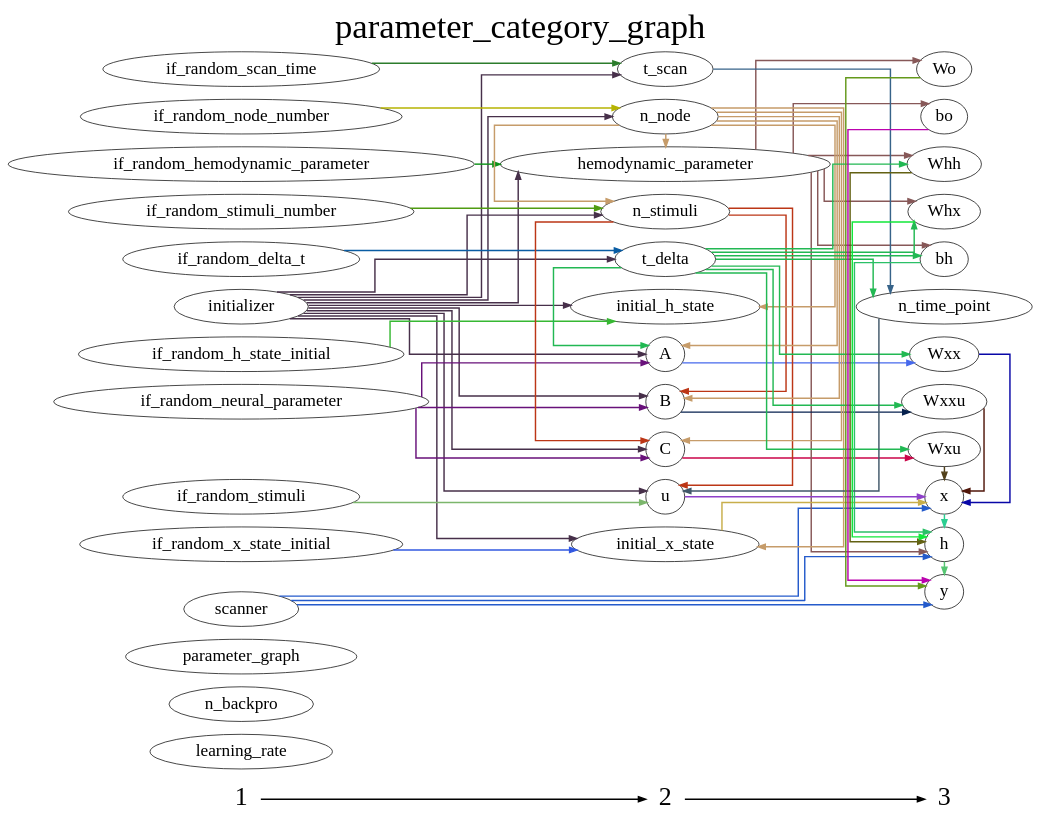
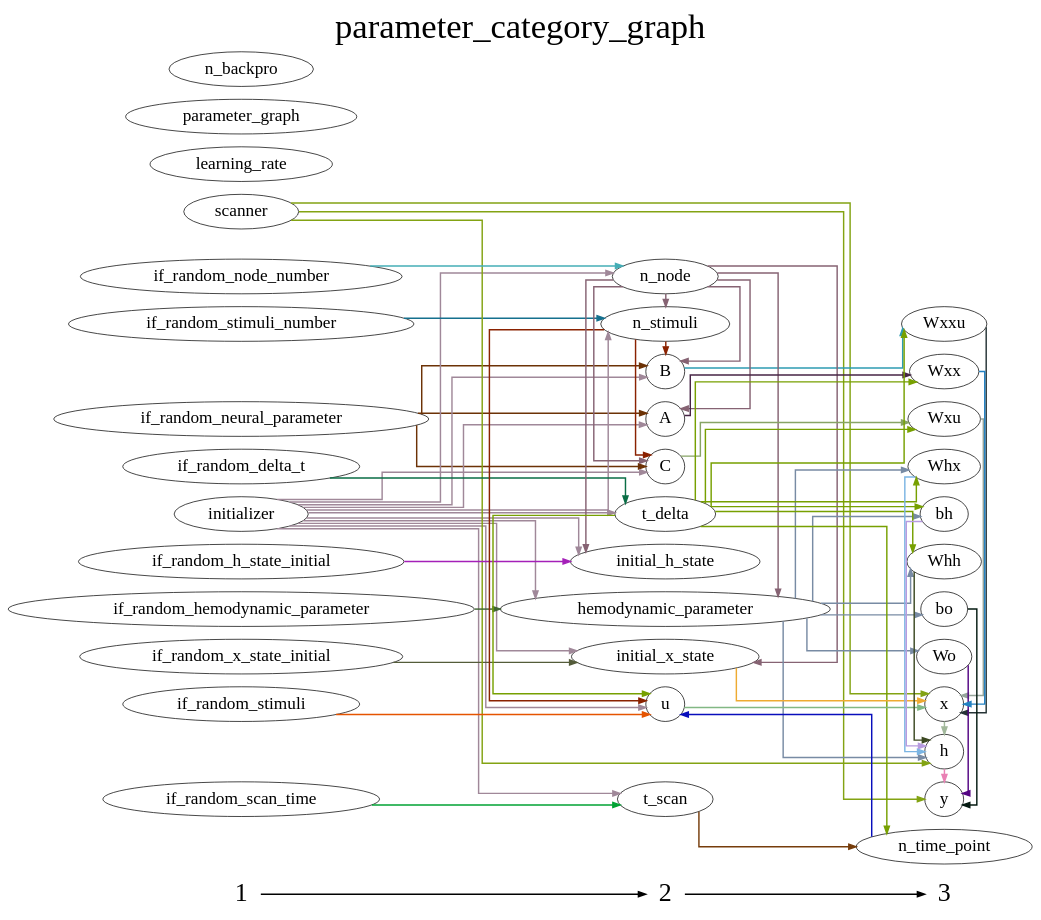
The diagram in DCM_RNN/documents/parameter_category_graph.gv (YuanWangOnward/DCM_RNN), drawn with Graphviz before and after one commit. The commit also changed 10 other files, not shown here.

```diff
--- a/DCM_RNN/documents/parameter_category_graph.gv
+++ b/DCM_RNN/documents/parameter_category_graph.gv
@@ -1,132 +1,132 @@
 digraph G {
           splines=ortho;
           fontsize = 48;
           rankdir = "LR";
           node[fontsize=24];
           edge[penwidth=2];
           {
           node [shape=plaintext fontsize=36];
           1 -> 
           2 -> 
           3
           }
           {rank = same;
           1;
+          if_random_neural_parameter;
           learning_rate;
-          n_backpro;
-          parameter_graph;
           initializer;
           if_random_stimuli_number;
-          if_random_delta_t;
-          if_random_scan_time;
-          if_random_stimuli;
-          if_random_h_state_initial;
-          if_random_hemodynamic_parameter;
-          if_random_neural_parameter;
+          if_random_x_state_initial;
           scanner;
           if_random_node_number;
-          if_random_x_state_initial;
+          if_random_hemodynamic_parameter;
+          if_random_scan_time;
+          parameter_graph;
+          if_random_h_state_initial;
+          n_backpro;
+          if_random_stimuli;
+          if_random_delta_t;
           }
           {rank = same;
           2;
-          C;
-          hemodynamic_parameter;
-          t_scan;
-          initial_h_state;
-          A;
           n_stimuli;
           B;
+          n_node;
+          hemodynamic_parameter;
+          C;
+          A;
+          t_delta;
+          initial_x_state;
+          t_scan;
           u;
-          n_node;
-          initial_x_state;
-          t_delta;
+          initial_h_state;
           }
           {rank = same;
           3;
-          bh;
-          y;
-          n_time_point;
-          Wxx;
-          x;
-          Wo;
-          Whh;
+          Wxxu;
+          Whx;
           Wxu;
           h;
-          Wxxu;
+          Wo;
+          y;
+          Wxx;
+          bh;
+          n_time_point;
+          x;
           bo;
-          Whx;
+          Whh;
           }
-          bh -> h [color="#2BC067"];
-          if_random_h_state_initial -> initial_h_state [color="#37B833"];
+          Whx -> h [color="#7BB5E3"];
+          Wxu -> x [color="#96A59B"];
+          A -> Wxx [color="#472546"];
+          n_stimuli -> C [color="#8A2201"];
+          n_stimuli -> B [color="#8A2201"];
+          n_stimuli -> u [color="#8A2201"];
+          if_random_neural_parameter -> C [color="#6C3206"];
+          if_random_neural_parameter -> B [color="#6C3206"];
+          if_random_neural_parameter -> A [color="#6C3206"];
+          t_scan -> n_time_point [color="#763C0B"];
+          h -> y [color="#E981B4"];
+          x -> h [color="#A2B89B"];
+          learning_rate ;
+          y ;
+          Wxx -> x [color="#2281C2"];
+          n_node -> C [color="#866373"];
+          n_node -> B [color="#866373"];
+          n_node -> A [color="#866373"];
+          n_node -> n_stimuli [color="#866373"];
+          n_node -> hemodynamic_parameter [color="#866373"];
+          n_node -> initial_x_state [color="#866373"];
+          n_node -> initial_h_state [color="#866373"];
+          hemodynamic_parameter -> Whh [color="#788BA4"];
+          hemodynamic_parameter -> Whx [color="#788BA4"];
+          hemodynamic_parameter -> h [color="#788BA4"];
+          hemodynamic_parameter -> bh [color="#788BA4"];
+          hemodynamic_parameter -> Wo [color="#788BA4"];
+          hemodynamic_parameter -> bo [color="#788BA4"];
+          C -> Wxu [color="#87A465"];
+          initializer -> C [color="#A08899"];
+          initializer -> B [color="#A08899"];
+          initializer -> A [color="#A08899"];
+          initializer -> t_scan [color="#A08899"];
+          initializer -> n_stimuli [color="#A08899"];
+          initializer -> n_node [color="#A08899"];
+          initializer -> hemodynamic_parameter [color="#A08899"];
+          initializer -> t_delta [color="#A08899"];
+          initializer -> initial_x_state [color="#A08899"];
+          initializer -> u [color="#A08899"];
+          initializer -> initial_h_state [color="#A08899"];
+          Wxxu -> x [color="#263436"];
+          n_time_point -> u [color="#090EBC"];
+          if_random_x_state_initial -> initial_x_state [color="#545C3A"];
+          bh -> h [color="#B79CE0"];
+          scanner -> h [color="#83A313"];
+          scanner -> x [color="#83A313"];
+          scanner -> y [color="#83A313"];
+          if_random_node_number -> n_node [color="#45AEB6"];
+          t_delta -> Wxu [color="#77A001"];
+          t_delta -> Wxxu [color="#77A001"];
+          t_delta -> Whh [color="#77A001"];
+          t_delta -> Whx [color="#77A001"];
+          t_delta -> Wxx [color="#77A001"];
+          t_delta -> bh [color="#77A001"];
+          t_delta -> n_time_point [color="#77A001"];
+          t_delta -> u [color="#77A001"];
+          B -> Wxxu [color="#2E9CB2"];
+          if_random_scan_time -> t_scan [color="#00A233"];
+          initial_x_state -> x [color="#EEAB32"];
           parameter_graph ;
-          C -> Wxu [color="#CA0448"];
+          if_random_stimuli_number -> n_stimuli [color="#15708E"];
+          if_random_hemodynamic_parameter -> hemodynamic_parameter [color="#416634"];
+          if_random_delta_t -> t_delta [color="#0A6E46"];
           n_backpro ;
-          if_random_x_state_initial -> initial_x_state [color="#3258E1"];
-          hemodynamic_parameter -> bh [color="#875858"];
-          hemodynamic_parameter -> Whh [color="#875858"];
-          hemodynamic_parameter -> Wo [color="#875858"];
-          hemodynamic_parameter -> h [color="#875858"];
-          hemodynamic_parameter -> bo [color="#875858"];
-          hemodynamic_parameter -> Whx [color="#875858"];
-          n_time_point -> u [color="#405769"];
-          initializer -> n_stimuli [color="#47304A"];
-          initializer -> B [color="#47304A"];
-          initializer -> t_scan [color="#47304A"];
-          initializer -> t_delta [color="#47304A"];
-          initializer -> initial_x_state [color="#47304A"];
-          initializer -> C [color="#47304A"];
-          initializer -> hemodynamic_parameter [color="#47304A"];
-          initializer -> initial_h_state [color="#47304A"];
-          initializer -> A [color="#47304A"];
-          initializer -> u [color="#47304A"];
-          initializer -> n_node [color="#47304A"];
-          y ;
-          if_random_stimuli_number -> n_stimuli [color="#509C12"];
-          learning_rate ;
-          if_random_delta_t -> t_delta [color="#095CA3"];
-          u -> x [color="#8E40C9"];
-          if_random_stimuli -> u [color="#7CB66C"];
-          t_scan -> n_time_point [color="#376389"];
-          Wxx -> x [color="#0807A7"];
-          x -> h [color="#2CCE91"];
-          initial_x_state -> x [color="#C8AE4B"];
-          Wo -> y [color="#64991B"];
-          if_random_hemodynamic_parameter -> hemodynamic_parameter [color="#0E9219"];
-          if_random_neural_parameter -> B [color="#68117A"];
-          if_random_neural_parameter -> C [color="#68117A"];
-          if_random_neural_parameter -> A [color="#68117A"];
+          Whh -> h [color="#3C4922"];
+          u -> x [color="#82B884"];
+          Wo -> y [color="#540583"];
+          if_random_stimuli -> u [color="#E55400"];
           initial_h_state ;
-          Whh -> h [color="#636113"];
-          n_stimuli -> B [color="#BC3616"];
-          n_stimuli -> C [color="#BC3616"];
-          n_stimuli -> u [color="#BC3616"];
-          B -> Wxxu [color="#06214E"];
-          scanner -> y [color="#255BCB"];
-          scanner -> x [color="#255BCB"];
-          scanner -> h [color="#255BCB"];
-          if_random_scan_time -> t_scan [color="#2C7C2C"];
-          if_random_node_number -> n_node [color="#B6B302"];
-          Wxu -> x [color="#51401A"];
-          h -> y [color="#56C572"];
-          t_delta -> bh [color="#22B853"];
-          t_delta -> Whh [color="#22B853"];
-          t_delta -> Wxu [color="#22B853"];
-          t_delta -> n_time_point [color="#22B853"];
-          t_delta -> Wxx [color="#22B853"];
-          t_delta -> A [color="#22B853"];
-          t_delta -> Wxxu [color="#22B853"];
-          t_delta -> Whx [color="#22B853"];
-          Wxxu -> x [color="#50160A"];
-          bo -> y [color="#BB03AE"];
-          A -> Wxx [color="#4669EC"];
-          Whx -> h [color="#12E73A"];
-          n_node -> n_stimuli [color="#C69C6A"];
-          n_node -> B [color="#C69C6A"];
-          n_node -> initial_x_state [color="#C69C6A"];
-          n_node -> C [color="#C69C6A"];
-          n_node -> hemodynamic_parameter [color="#C69C6A"];
-          n_node -> initial_h_state [color="#C69C6A"];
-          n_node -> A [color="#C69C6A"];
+          bo -> y [color="#041A11"];
+          if_random_h_state_initial -> initial_h_state [color="#A420B8"];
           labelloc = "t";
           label = "parameter_category_graph";
 }
```
